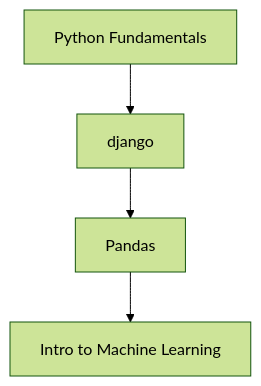
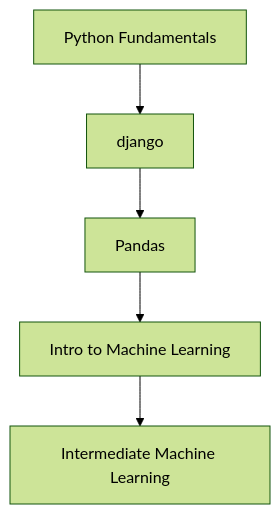
The diagram in README.md (alvi00/My-Machine-Learning-Journey), drawn with Mermaid (forest theme) before and after one commit.

````diff
--- a/README.md
+++ b/README.md
@@ -39,6 +39,7 @@
 ```mermaid
 graph TD
     A[Python Fundamentals] --> B[django]
     B --> C[Pandas]
     C --> D[Intro to Machine Learning]
+    D --> E[Intermediate Machine Learning]
 ```
````
